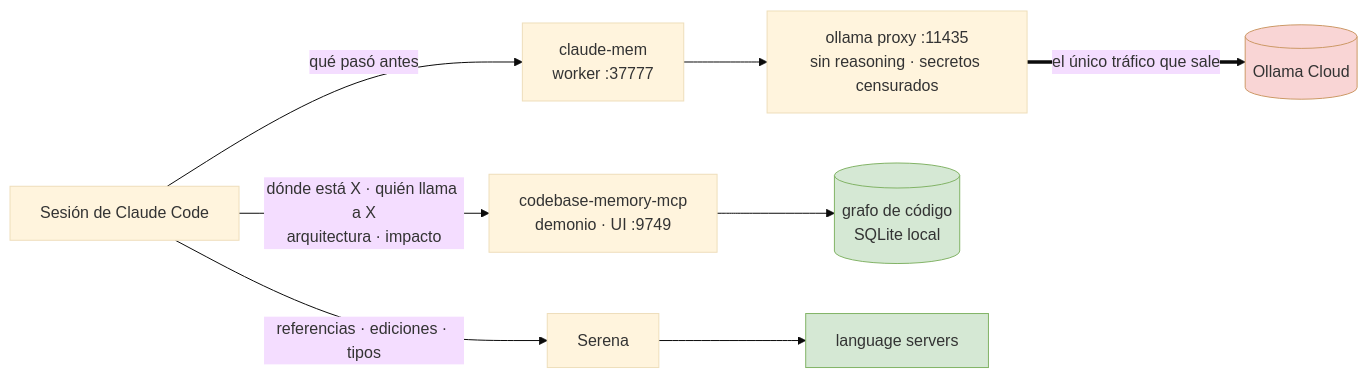
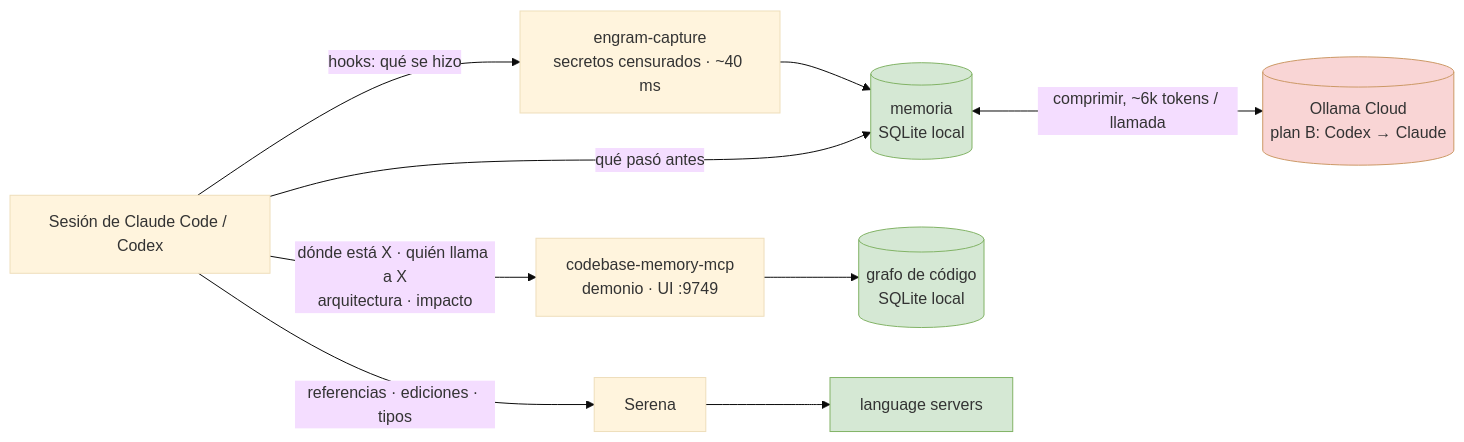
Before and after one commit to limeflash/claude-code-stack: the diagram in README.es.md, drawn with Mermaid (base theme). The commit also changed other lines of this file and 10 other files, not shown here.

First line of the commit message:
Replace claude-mem, its proxy and watchdog with quipu

````diff
--- a/README.es.md
+++ b/README.es.md
@@ -45,18 +44,20 @@
 ```mermaid
 flowchart LR
-    CC["Sesión de Claude Code"]
+    CC["Sesión de Claude Code / Codex"]
 
-    CC -->|"qué pasó antes"| CM["claude-mem<br/>worker :37777"]
-    CM --> PX["ollama proxy :11435<br/>sin reasoning · secretos censurados"]
-    PX ==>|"el único tráfico que sale"| OC[("Ollama Cloud")]
+    CC -->|"hooks: qué se hizo"| CAP["engram-capture<br/>secretos censurados · ~40 ms"]
+    CAP --> MEM[("memoria<br/>SQLite local")]
+    MEM <-->|"comprimir, ~6k tokens / llamada"| OC[("Ollama Cloud<br/>plan B: Codex → Claude")]
+    CC -->|"qué pasó antes"| MEM
 
     CC -->|"dónde está X · quién llama a X<br/>arquitectura · impacto"| CBM["codebase-memory-mcp<br/>demonio · UI :9749"]
     CBM --> GR[("grafo de código<br/>SQLite local")]
 
     CC -->|"referencias · ediciones · tipos"| SR["Serena"]
     SR --> LS["language servers"]
 
     style OC fill:#f9d5d5,stroke:#c96
+    style MEM fill:#d5e8d4,stroke:#82b366
     style GR fill:#d5e8d4,stroke:#82b366
     style LS fill:#d5e8d4,stroke:#82b366
 ```
````
